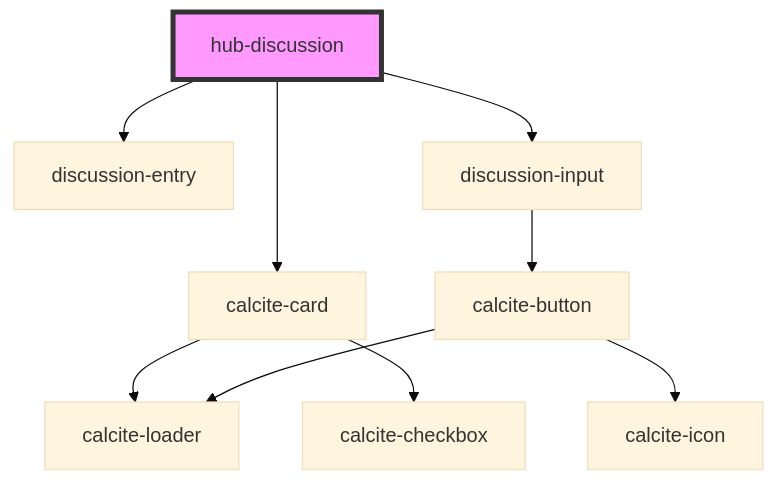
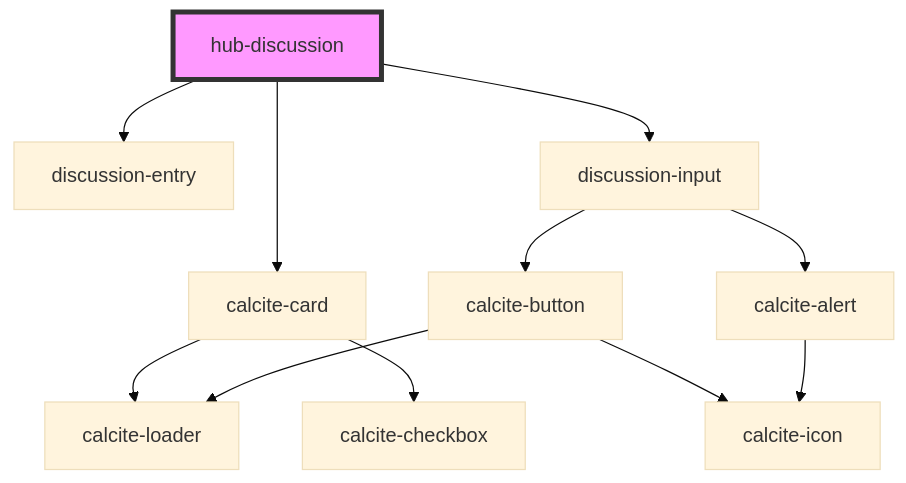
The diagram in src/components/hub-discussion/readme.md (esridc/hub-components-experiments), drawn with Mermaid (base theme) before and after one commit. The commit also changed other lines of this file and 17 other files, not shown here.

````diff
--- a/src/components/hub-discussion/readme.md
+++ b/src/components/hub-discussion/readme.md
@@ -44,12 +45,14 @@
 ```mermaid
 graph TD;
   hub-discussion --> calcite-card
   hub-discussion --> discussion-entry
   hub-discussion --> discussion-input
   calcite-card --> calcite-loader
   calcite-card --> calcite-checkbox
   discussion-input --> calcite-button
+  discussion-input --> calcite-alert
   calcite-button --> calcite-loader
   calcite-button --> calcite-icon
+  calcite-alert --> calcite-icon
   style hub-discussion fill:#f9f,stroke:#333,stroke-width:4px
 ```
````
